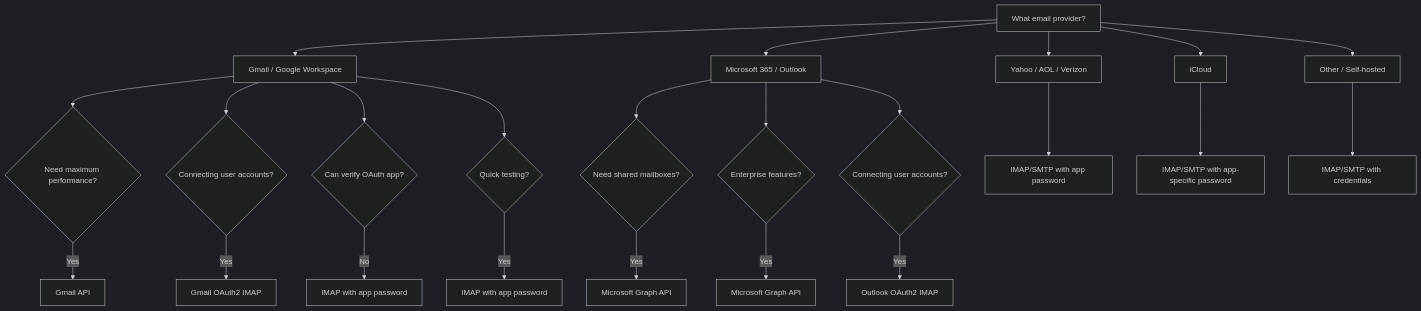
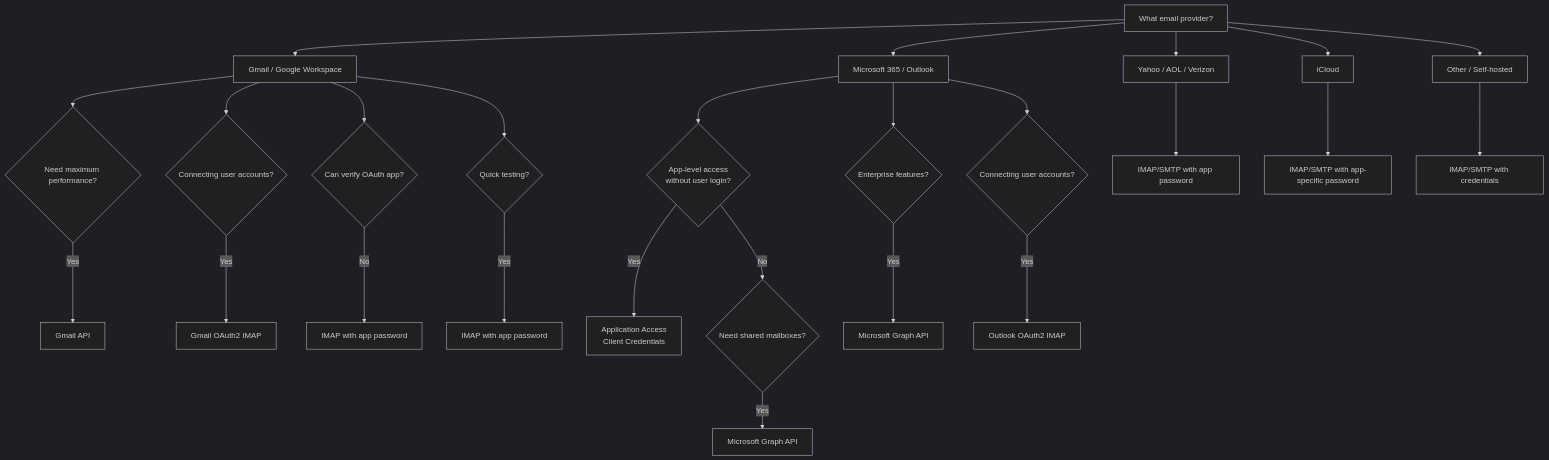
One commit to postalsys/learn-emailengine-app changed the diagram in docs/accounts/index.md. Above: the diagram before and after it, drawn with Mermaid (dark theme). The commit also changed other lines of this file and 4 other files, not shown here.

````diff
--- a/docs/accounts/index.md
+++ b/docs/accounts/index.md
@@ -182,29 +206,31 @@
 ```mermaid
 graph TD
     Start[What email provider?]
     Start --> Gmail[Gmail / Google Workspace]
     Start --> M365[Microsoft 365 / Outlook]
     Start --> Yahoo[Yahoo / AOL / Verizon]
     Start --> iCloud[iCloud]
     Start --> Other[Other / Self-hosted]
 
     Gmail --> GmailPerf{Need maximum performance?}
     Gmail --> GmailOAuth{Connecting user accounts?}
     Gmail --> GmailVerify{Can verify OAuth app?}
     Gmail --> GmailTest{Quick testing?}
     GmailPerf -->|Yes| GmailAPI[Gmail API]
     GmailOAuth -->|Yes| GmailOAuth2[Gmail OAuth2 IMAP]
     GmailVerify -->|No| GmailIMAPApp[IMAP with app password]
     GmailTest -->|Yes| GmailIMAPApp2[IMAP with app password]
 
-    M365 --> M365Shared{Need shared mailboxes?}
+    M365 --> M365AppAccess{App-level access<br/>without user login?}
+    M365AppAccess -->|Yes| AppAccess[Application Access<br/>Client Credentials]
+    M365AppAccess -->|No| M365Shared{Need shared mailboxes?}
     M365 --> M365Enterprise{Enterprise features?}
     M365 --> M365OAuth{Connecting user accounts?}
     M365Shared -->|Yes| GraphAPI[Microsoft Graph API]
     M365Enterprise -->|Yes| GraphAPI2[Microsoft Graph API]
     M365OAuth -->|Yes| OutlookOAuth2[Outlook OAuth2 IMAP]
 
     Yahoo --> YahooIMAP[IMAP/SMTP with app password]
     iCloud --> iCloudIMAP[IMAP/SMTP with app-specific password]
     Other --> OtherIMAP[IMAP/SMTP with credentials]
 ```
````
